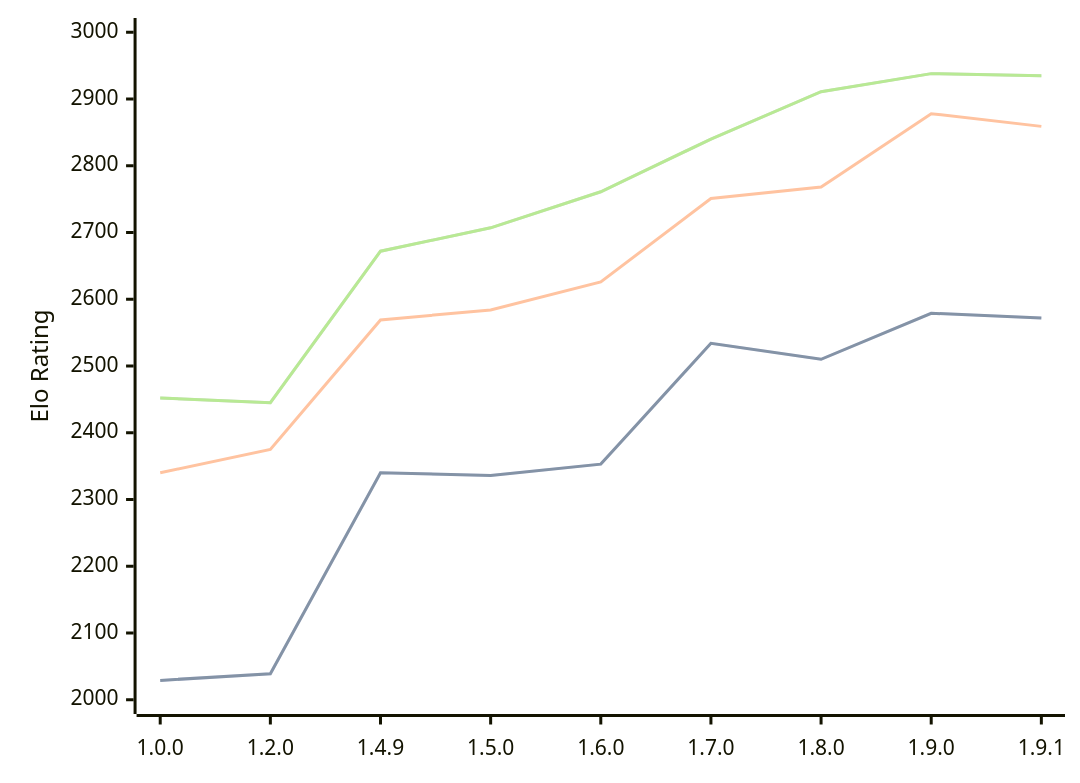
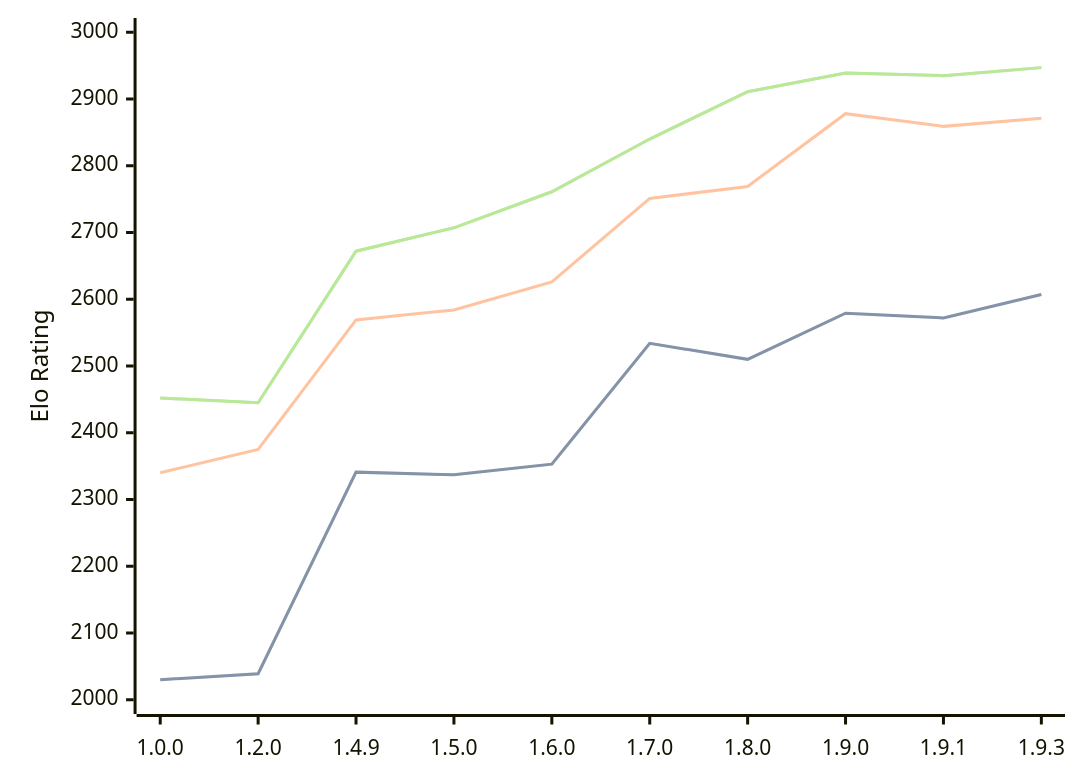
The diagram in engines/Basilisk.md (computer-chess-index/cci), drawn with Mermaid before and after one commit. The commit also changed other lines of this file, not shown here.

Commit message:
Update CCI Ratings (ELO VLTC) - 2026-08-05

````diff
--- a/engines/Basilisk.md
+++ b/engines/Basilisk.md
@@ -55,11 +55,11 @@
 ```mermaid
 %%{init: {"theme":"base","themeVariables":{"seriesColors:['#a3a3a3','#222221','#faa371']}}}%%
 xychart-beta
-  x-axis ["1.0.0", "1.2.0", "1.4.9", "1.5.0", "1.6.0", "1.7.0", "1.8.0", "1.9.0", "1.9.1"]
+  x-axis ["1.0.0", "1.2.0", "1.4.9", "1.5.0", "1.6.0", "1.7.0", "1.8.0", "1.9.0", "1.9.1", "1.9.3"]
   y-axis "Elo Rating" 2000 --> 3000
-  line "STC (8.0+0.08s)" [2029, 2039, 2340, 2336, 2353, 2534, 2510, 2579, 2572]
-  line "STC (8.0+0.08s)" [2029, 2039, 2340, 2336, 2353, 2534, 2510, 2579, 2572]
-  line "LTC (60.0+0.60s)" [2340, 2375, 2569, 2584, 2626, 2751, 2768, 2878, 2859]
-  line "VLTC (2m24s+1.12s)" [2452, 2445, 2672, 2707, 2761, 2840, 2911, 2938, 2935]
-  line "VLTC (2m24s+1.12s)" [2452, 2445, 2672, 2707, 2761, 2840, 2911, 2938, 2935]
+  line "STC (8.0+0.08s)" [2030, 2039, 2341, 2337, 2353, 2534, 2510, 2579, 2572, 2607]
+  line "STC (8.0+0.08s)" [2030, 2039, 2341, 2337, 2353, 2534, 2510, 2579, 2572, 2607]
+  line "LTC (60.0+0.60s)" [2340, 2375, 2569, 2584, 2626, 2751, 2769, 2878, 2859, 2871]
+  line "VLTC (2m24s+1.12s)" [2452, 2445, 2672, 2707, 2761, 2840, 2911, 2939, 2935, 2947]
+  line "VLTC (2m24s+1.12s)" [2452, 2445, 2672, 2707, 2761, 2840, 2911, 2939, 2935, 2947]
 ```
````
